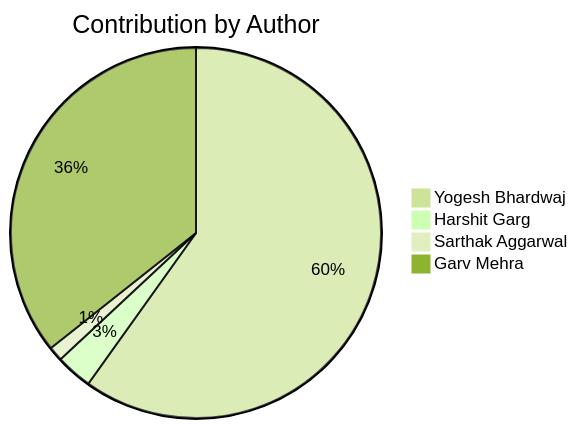
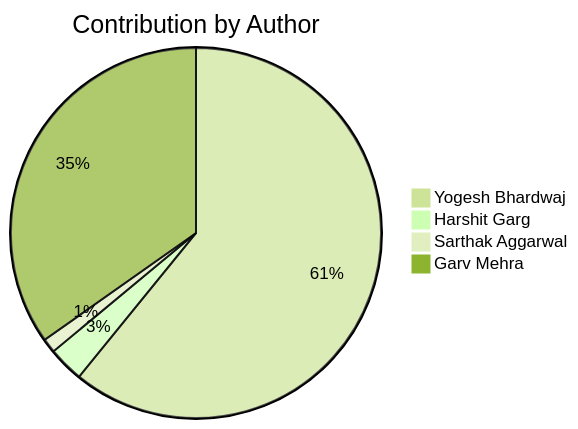
Before and after one commit to Yogesh-Bhardwaj-hue/Scm-Final_2.0: the second of 2 diagrams in README.md, drawn with Mermaid (forest theme). The commit also changed other lines of this file, not shown here.

Commit message:
Update contribution charts

````diff
--- a/README.md
+++ b/README.md
@@ -192,7 +192,7 @@
 ```mermaid
 pie title Contribution by Author
-    "Yogesh Bhardwaj": 94
+    "Yogesh Bhardwaj": 98
     "Harshit Garg": 5
     "Sarthak Aggarwal": 2
     "Garv Mehra": 56
 ```
````
